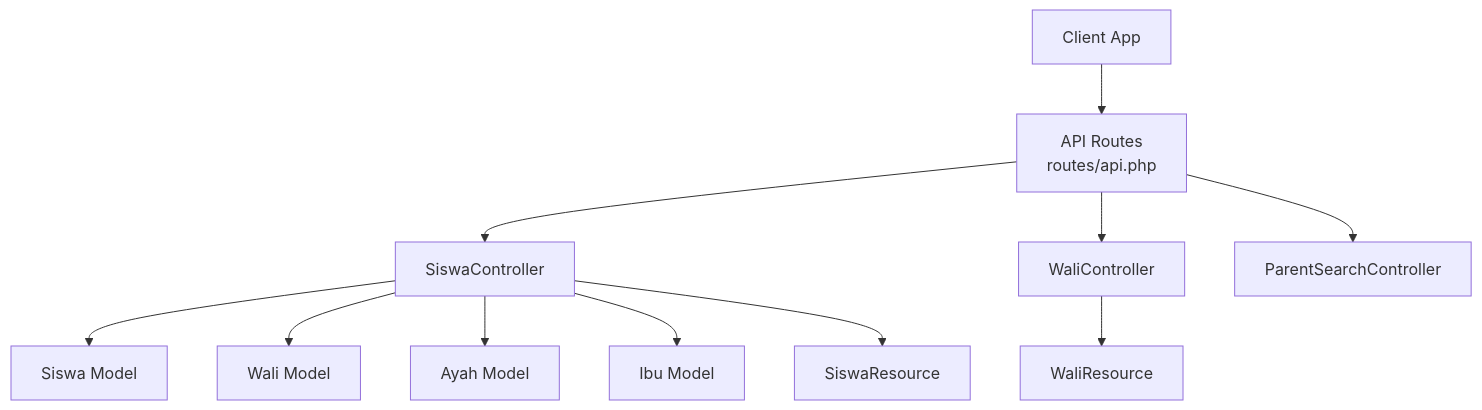
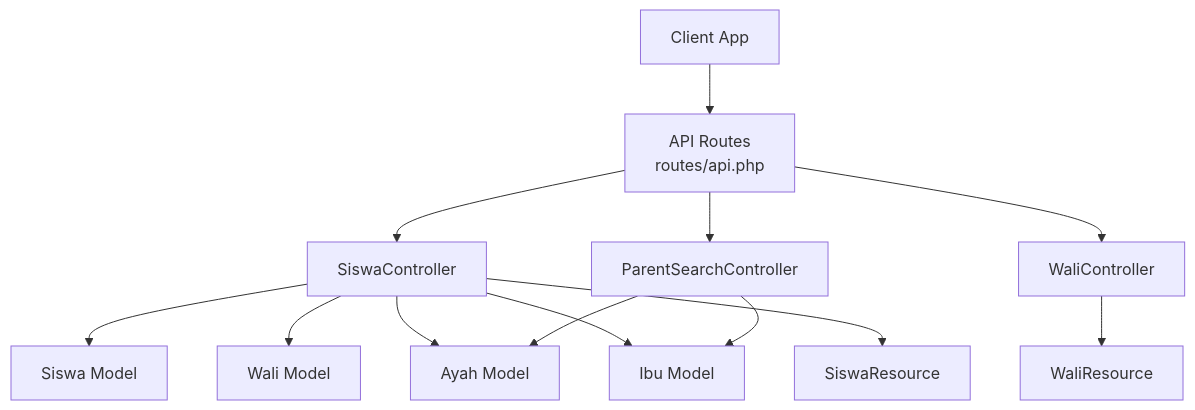
The first of 6 diagrams in .qoder/repowiki/en/content/API Documentation/Student & Family Data API.md (Fathurrahman-R/Manajemen-Keuangan-dan-SPP-Handayani), drawn with Mermaid before and after one commit. The commit also changed other lines of this file and 32 other files, not shown here.

````diff
--- a/.qoder/repowiki/en/content/API Documentation/Student & Family Data API.md
+++ b/.qoder/repowiki/en/content/API Documentation/Student & Family Data API.md
@@ -44,13 +53,15 @@
 ```mermaid
 graph TB
 Client["Client App"] --> Routes["API Routes<br/>routes/api.php"]
 Routes --> SiswaCtrl["SiswaController"]
 Routes --> WaliCtrl["WaliController"]
 Routes --> ParentSearchCtrl["ParentSearchController"]
 SiswaCtrl --> SiswaModel["Siswa Model"]
 SiswaCtrl --> WaliModel["Wali Model"]
 SiswaCtrl --> AyahModel["Ayah Model"]
 SiswaCtrl --> IbuModel["Ibu Model"]
 SiswaCtrl --> SiswaRes["SiswaResource"]
 WaliCtrl --> WaliRes["WaliResource"]
+ParentSearchCtrl --> AyahModel
+ParentSearchCtrl --> IbuModel
 ```
````
